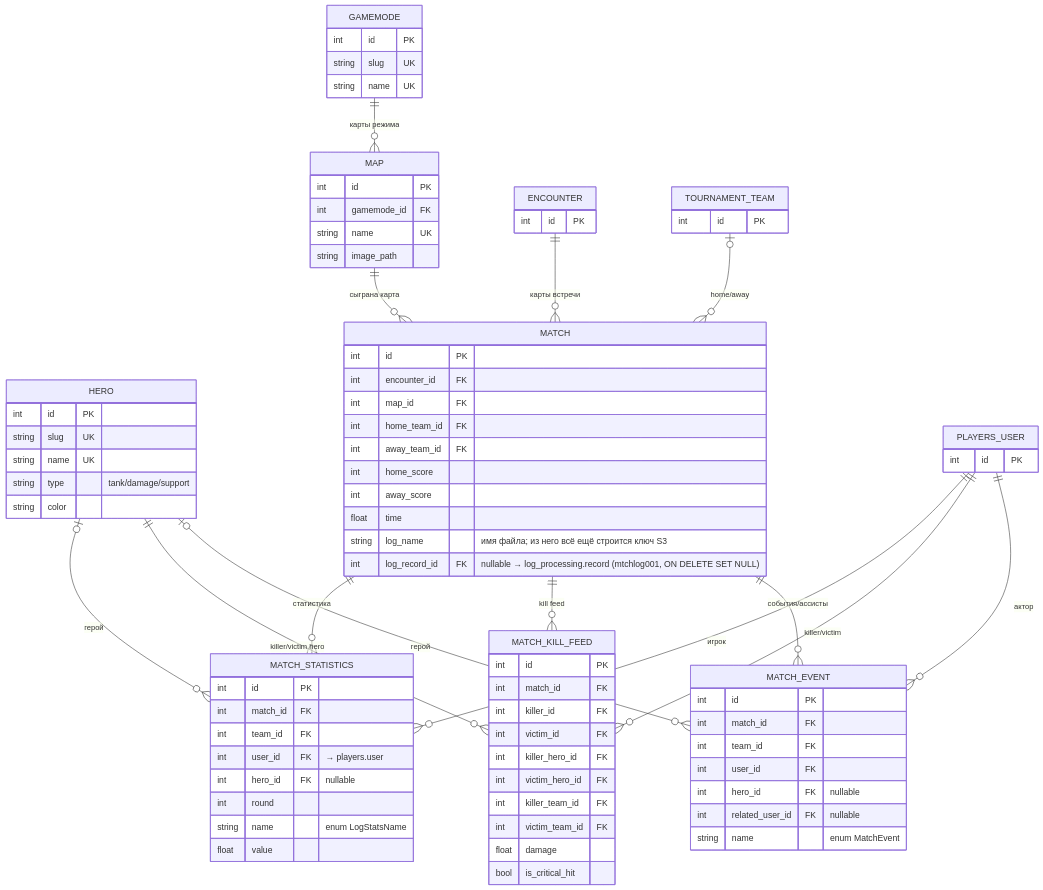
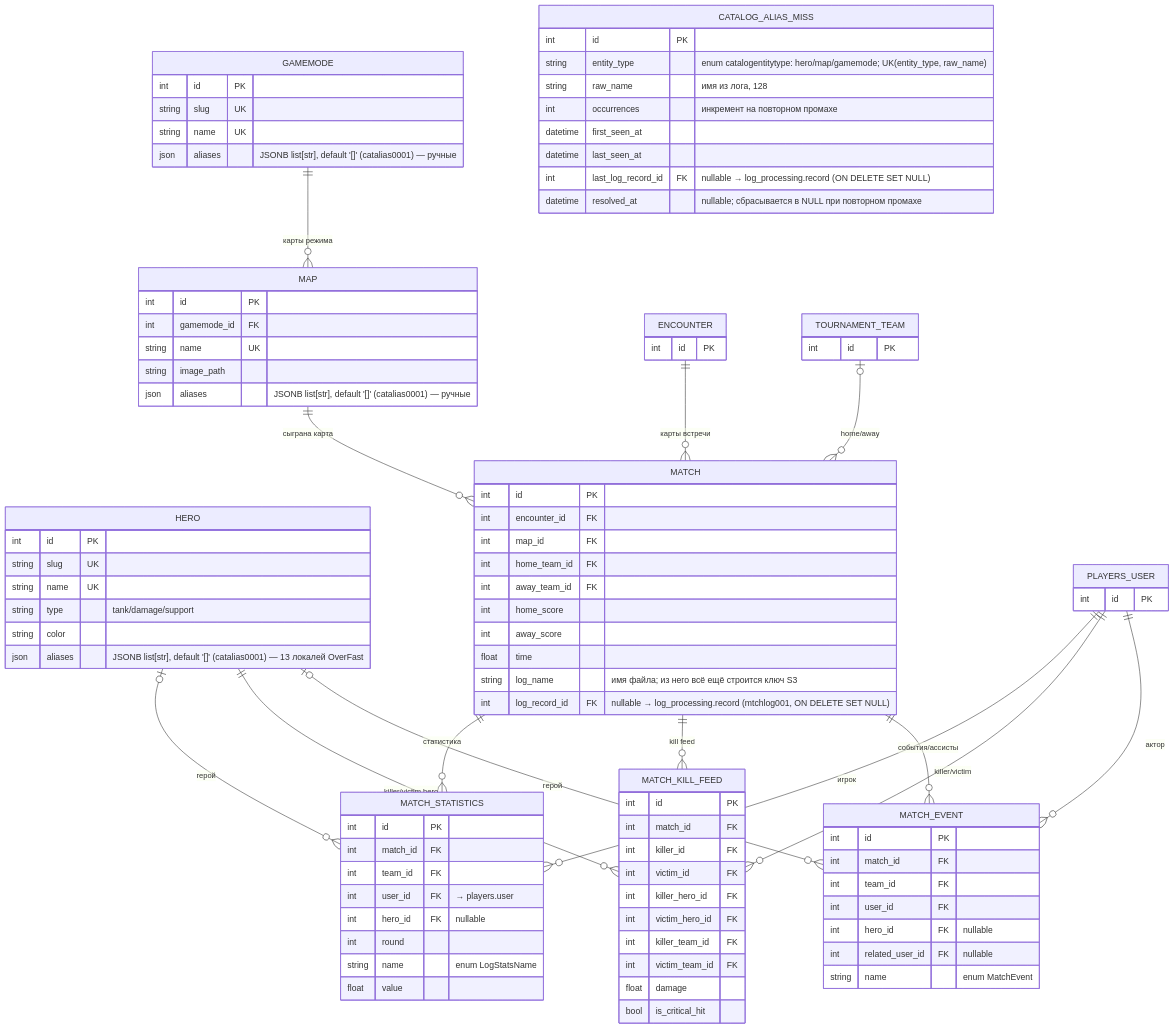
One commit to CraazzzyyFoxx/anak-tournaments changed the seventh of 14 diagrams in docs/database_erd.md. Above: the diagram before and after it, drawn with Mermaid. The commit also changed other lines of this file and 4 other files, not shown here.

First line of the commit message:
docs: catalog aliases design, plan and schema notes

```diff
--- a/docs/database_erd.md
+++ b/docs/database_erd.md
@@ -698,12 +706,14 @@
         int id PK
         string slug UK
         string name UK
+        json aliases "JSONB list[str], default '[]' (catalias0001) — ручные"
     }
     MAP {
         int id PK
         int gamemode_id FK
         string name UK
         string image_path
+        json aliases "JSONB list[str], default '[]' (catalias0001) — ручные"
     }
     HERO {
         int id PK
@@ -711,6 +721,17 @@
         string name UK
         string type "tank/damage/support"
         string color
+        json aliases "JSONB list[str], default '[]' (catalias0001) — 13 локалей OverFast"
+    }
+    CATALOG_ALIAS_MISS {
+        int id PK
+        string entity_type "enum catalogentitytype: hero/map/gamemode; UK(entity_type, raw_name)"
+        string raw_name "имя из лога, 128"
+        int occurrences "инкремент на повторном промахе"
+        datetime first_seen_at
+        datetime last_seen_at
+        int last_log_record_id FK "nullable → log_processing.record (ON DELETE SET NULL)"
+        datetime resolved_at "nullable; сбрасывается в NULL при повторном промахе"
     }
     MATCH {
         int id PK
```
